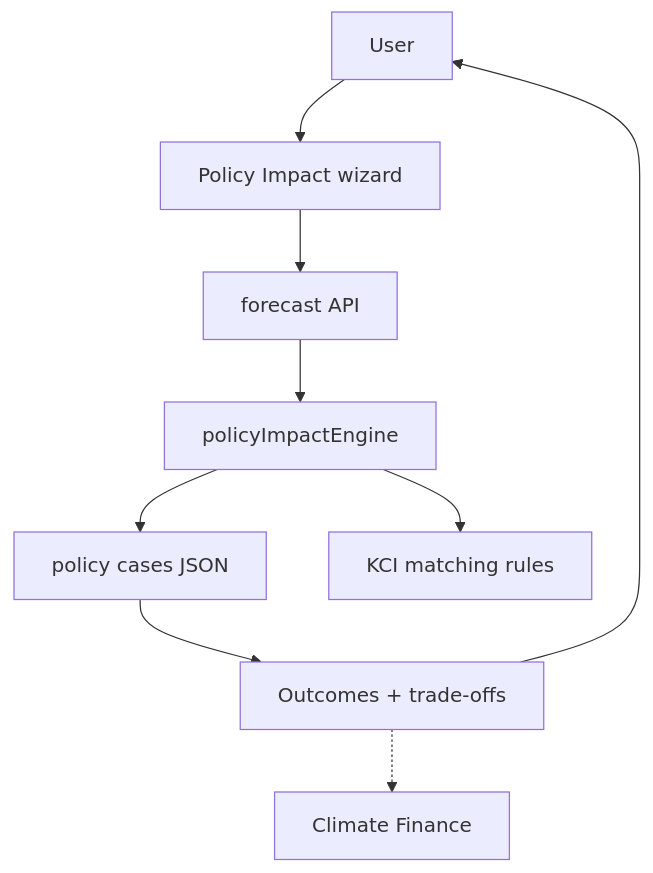
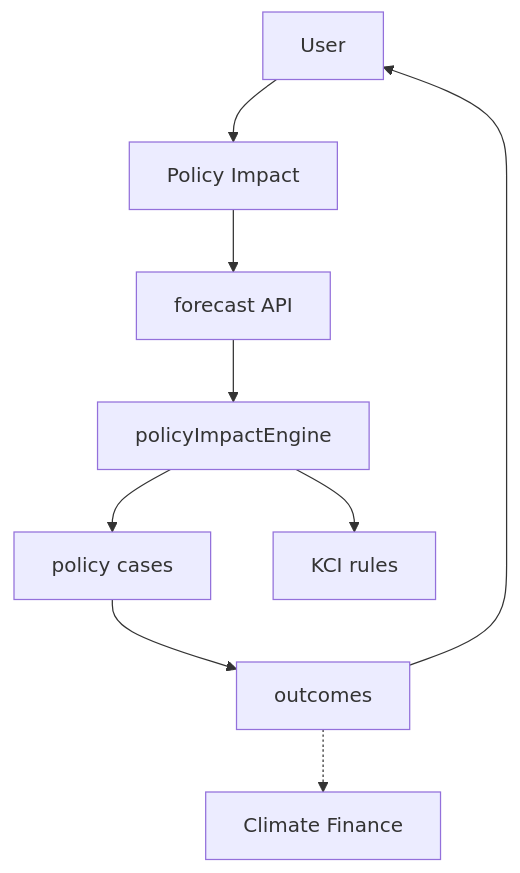
One commit to tseten14/NDC-Dashboard changed the seventh of 10 diagrams in docs/SYSTEM_DESIGN.md. Above: the diagram before and after it, drawn with Mermaid. The commit also changed other lines of this file and 2 other files, not shown here.

First line of the commit message:
Fix system design Mermaid labels so text stays inside node boxes.

````diff
--- a/docs/SYSTEM_DESIGN.md
+++ b/docs/SYSTEM_DESIGN.md
@@ -230,11 +230,18 @@
 ```mermaid
 flowchart TB
-  User --> Wizard[Policy Impact wizard]
-  Wizard --> API[forecast API]
-  API --> Engine[policyImpactEngine]
-  Engine --> Cases[policy cases JSON]
-  Engine --> KCI[KCI matching rules]
-  Cases --> Results[Outcomes + trade-offs]
+  User[User]
+  Wizard[Policy Impact]
+  API[forecast API]
+  Engine[policyImpactEngine]
+  Cases[policy cases]
+  KCI[KCI rules]
+  Results[outcomes]
+  CF[Climate Finance]
+
+  User --> Wizard --> API --> Engine
+  Engine --> Cases
+  Engine --> KCI
+  Cases --> Results
   Results --> User
-  Results -.-> CF[Climate Finance]
+  Results -.-> CF
 ```
````
